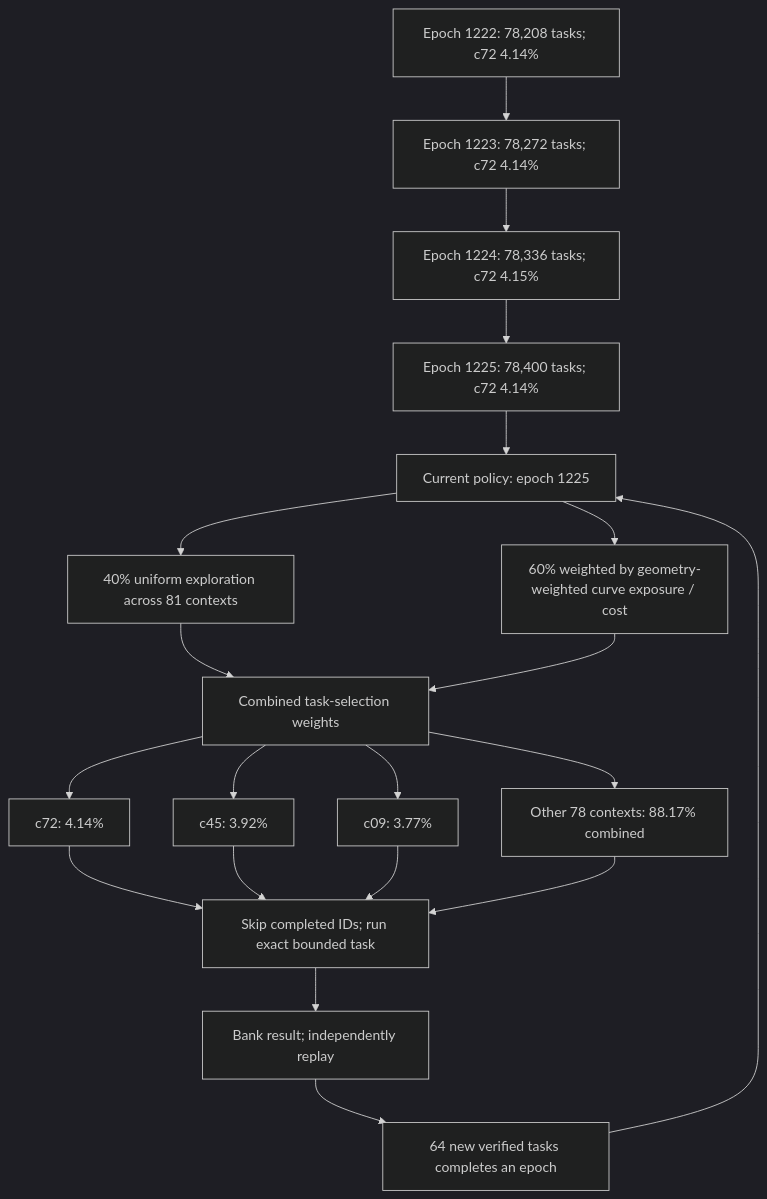
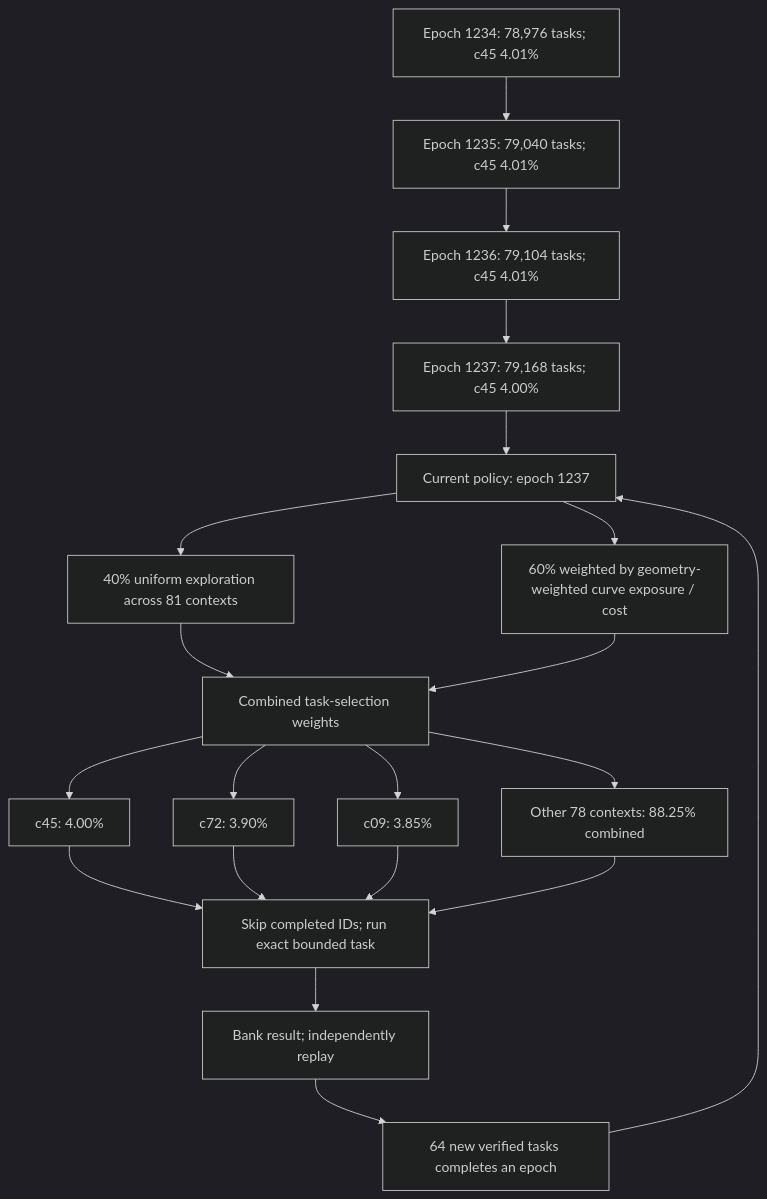
The first of 3 diagrams in README.md (Kuberwastaken/math-gambling), drawn with Mermaid (dark theme) before and after one commit. The commit also changed other lines of this file and 1634 other files, not shown here.

````diff
--- a/README.md
+++ b/README.md
@@ -55,27 +55,27 @@
 ```mermaid
 flowchart TD
-    H0["Epoch 1222: 78,208 tasks; c72 4.14%"]
-    H1["Epoch 1223: 78,272 tasks; c72 4.14%"]
+    H0["Epoch 1234: 78,976 tasks; c45 4.01%"]
+    H1["Epoch 1235: 79,040 tasks; c45 4.01%"]
     H0 --> H1
-    H2["Epoch 1224: 78,336 tasks; c72 4.15%"]
+    H2["Epoch 1236: 79,104 tasks; c45 4.01%"]
     H1 --> H2
-    H3["Epoch 1225: 78,400 tasks; c72 4.14%"]
+    H3["Epoch 1237: 79,168 tasks; c45 4.00%"]
     H2 --> H3
-    Policy["Current policy: epoch 1225"]
+    Policy["Current policy: epoch 1237"]
     H3 --> Policy
     Policy --> Explore["40% uniform exploration across 81 contexts"]
     Policy --> Cost["60% weighted by geometry-weighted curve exposure / cost"]
     Explore --> Mix["Combined task-selection weights"]
     Cost --> Mix
-    Mix --> C0["c72: 4.14%"]
-    Mix --> C1["c45: 3.92%"]
-    Mix --> C2["c09: 3.77%"]
-    Mix --> Rest["Other 78 contexts: 88.17% combined"]
+    Mix --> C0["c45: 4.00%"]
+    Mix --> C1["c72: 3.90%"]
+    Mix --> C2["c09: 3.85%"]
+    Mix --> Rest["Other 78 contexts: 88.25% combined"]
     C0 --> Check["Skip completed IDs; run exact bounded task"]
     C1 --> Check
     C2 --> Check
     Rest --> Check
     Check --> Replay["Bank result; independently replay"]
     Replay --> Gate["64 new verified tasks completes an epoch"]
     Gate --> Policy
 ```
````
